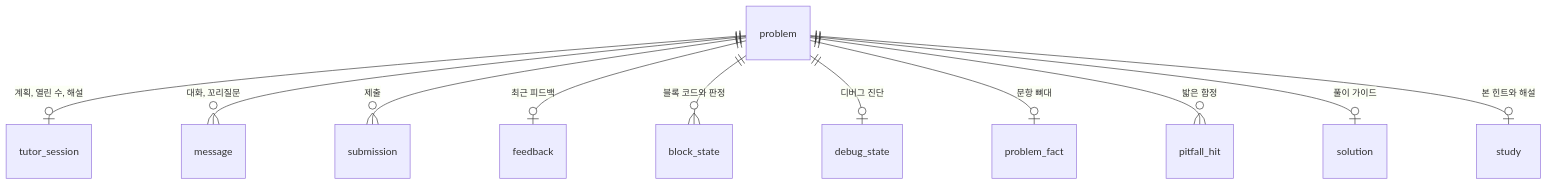
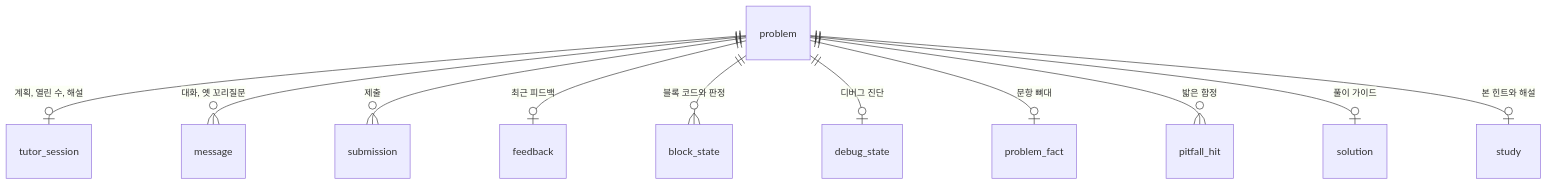
One commit to algocean1204/AlgoBlock-coding-test-helper changed the diagram in app/tutor/store/README.md. Above: the diagram before and after it, drawn with Mermaid. The commit also changed other lines of this file and 34 other files, not shown here.

````diff
--- a/app/tutor/store/README.md
+++ b/app/tutor/store/README.md
@@ -37,13 +37,13 @@
 ```mermaid
 erDiagram
   problem ||--o| tutor_session : "계획, 열린 수, 해설"
-  problem ||--o{ message : "대화, 꼬리질문"
+  problem ||--o{ message : "대화, 옛 꼬리질문"
   problem ||--o{ submission : "제출"
   problem ||--o| feedback : "최근 피드백"
   problem ||--o{ block_state : "블록 코드와 판정"
   problem ||--o| debug_state : "디버그 진단"
   problem ||--o| problem_fact : "문항 뼈대"
   problem ||--o{ pitfall_hit : "밟은 함정"
   problem ||--o| solution : "풀이 가이드"
   problem ||--o| study : "본 힌트와 해설"
 ```
````
